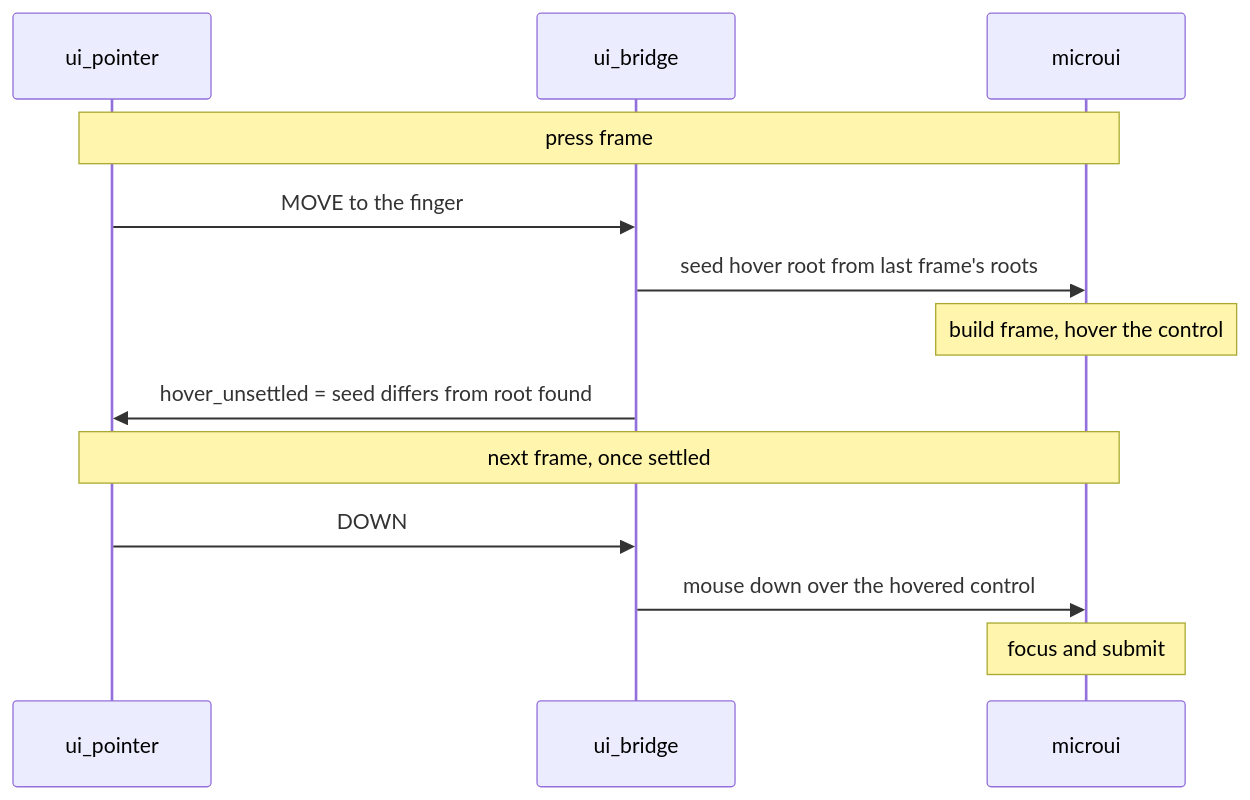
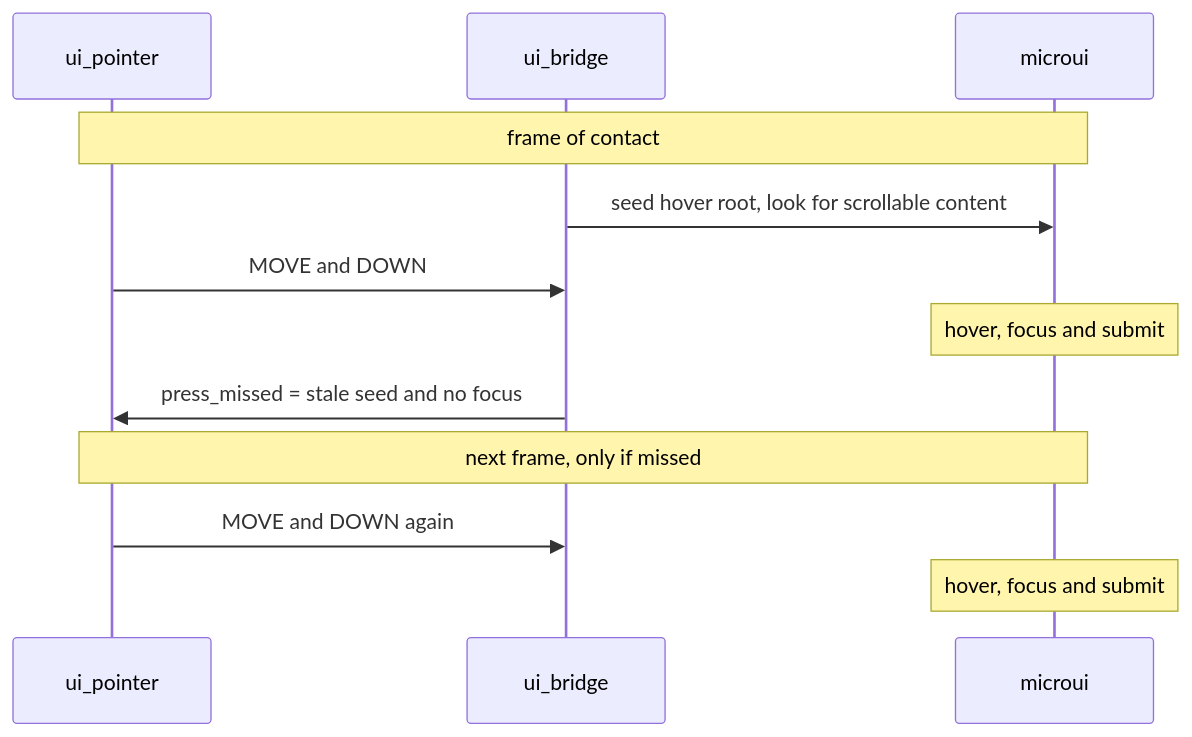
Before and after one commit to jose-villegas/autana: the second of 2 diagrams in docs/firmware/UI.md, drawn with Mermaid. The commit also changed other lines of this file and 10 other files, not shown here.

Commit message:
ui: a tap's press lands on its frame of contact

````diff
--- a/docs/firmware/UI.md
+++ b/docs/firmware/UI.md
@@ -106,15 +108,14 @@
 ```mermaid
 sequenceDiagram
     participant P as ui_pointer
     participant B as ui_bridge
     participant M as microui
-    Note over P,M: press frame
-    P->>B: MOVE to the finger
-    B->>M: seed hover root from last frame's roots
-    Note over M: build frame, hover the control
-    B->>P: hover_unsettled = seed differs from root found
-    Note over P,M: next frame, once settled
-    P->>B: DOWN
-    B->>M: mouse down over the hovered control
-    Note over M: focus and submit
+    Note over P,M: frame of contact
+    B->>M: seed hover root, look for scrollable content
+    P->>B: MOVE and DOWN
+    Note over M: hover, focus and submit
+    B->>P: press_missed = stale seed and no focus
+    Note over P,M: next frame, only if missed
+    P->>B: MOVE and DOWN again
+    Note over M: hover, focus and submit
 ```
````
